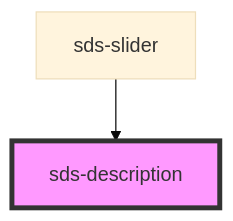
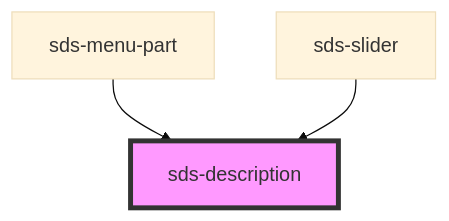
The diagram in packages/sds-web-components/src/ui/primitives/fieldset/sds-description/readme.md (chodgesfigma/sds-mono), drawn with Mermaid (base theme) before and after one commit. The commit also changed other lines of this file and 24 other files, not shown here.

````diff
--- a/packages/sds-web-components/src/ui/primitives/fieldset/sds-description/readme.md
+++ b/packages/sds-web-components/src/ui/primitives/fieldset/sds-description/readme.md
@@ -17,5 +18,6 @@
 ```mermaid
 graph TD;
+  sds-menu-part --> sds-description
   sds-slider --> sds-description
   style sds-description fill:#f9f,stroke:#333,stroke-width:4px
 ```
````
